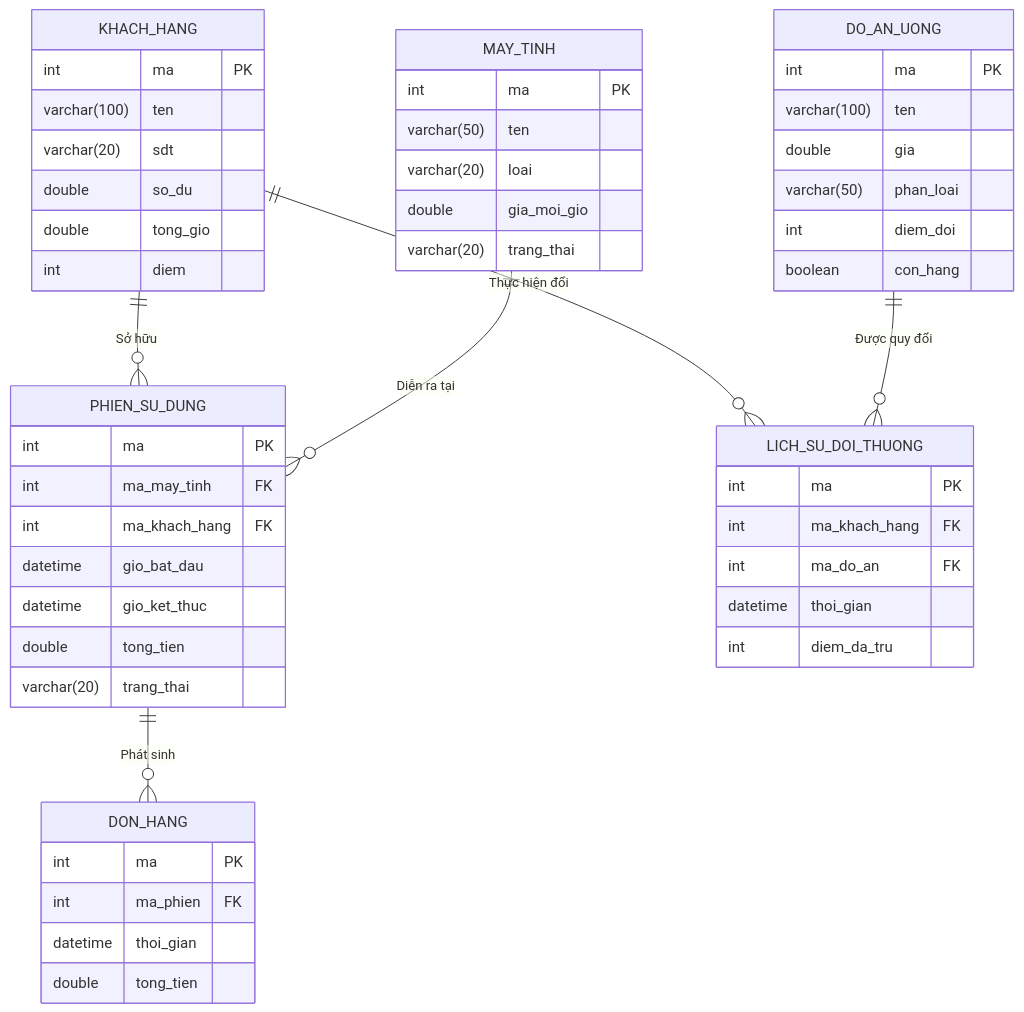
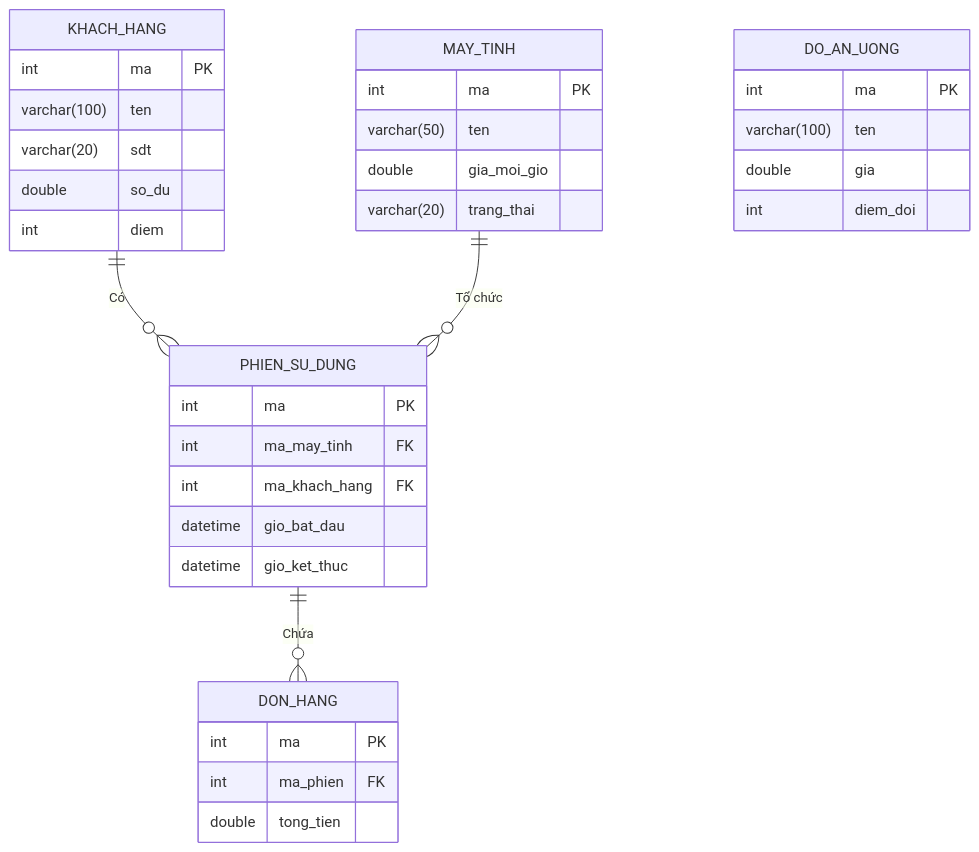
The third of 4 diagrams in BaoCao_SAD_CyberNet/Chuong_3_Thiet_Ke.md (phhuyen1109/BTL), drawn with Mermaid before and after one commit. The commit also changed other lines of this file and 3 other files, not shown here.

Commit message:
Bổ sung hàng loạt biểu đồ UML (Activity, State, Deployment)

````diff
--- a/BaoCao_SAD_CyberNet/Chuong_3_Thiet_Ke.md
+++ b/BaoCao_SAD_CyberNet/Chuong_3_Thiet_Ke.md
@@ -80,54 +89,38 @@
 ```mermaid
 erDiagram
     KHACH_HANG {
         int ma PK
         varchar(100) ten
         varchar(20) sdt
         double so_du
-        double tong_gio
         int diem
     }
     MAY_TINH {
         int ma PK
         varchar(50) ten
-        varchar(20) loai
         double gia_moi_gio
         varchar(20) trang_thai
     }
     PHIEN_SU_DUNG {
         int ma PK
         int ma_may_tinh FK
         int ma_khach_hang FK
         datetime gio_bat_dau
         datetime gio_ket_thuc
-        double tong_tien
-        varchar(20) trang_thai
     }
     DO_AN_UONG {
         int ma PK
         varchar(100) ten
         double gia
-        varchar(50) phan_loai
         int diem_doi
-        boolean con_hang
     }
     DON_HANG {
         int ma PK
         int ma_phien FK
-        datetime thoi_gian
         double tong_tien
     }
-    LICH_SU_DOI_THUONG {
-        int ma PK
-        int ma_khach_hang FK
-        int ma_do_an FK
-        datetime thoi_gian
-        int diem_da_tru
-    }
 
-    KHACH_HANG ||--o{ PHIEN_SU_DUNG : "Sở hữu"
-    MAY_TINH ||--o{ PHIEN_SU_DUNG : "Diễn ra tại"
-    PHIEN_SU_DUNG ||--o{ DON_HANG : "Phát sinh"
-    KHACH_HANG ||--o{ LICH_SU_DOI_THUONG : "Thực hiện đổi"
-    DO_AN_UONG ||--o{ LICH_SU_DOI_THUONG : "Được quy đổi"
+    KHACH_HANG ||--o{ PHIEN_SU_DUNG : "Có"
+    MAY_TINH ||--o{ PHIEN_SU_DUNG : "Tổ chức"
+    PHIEN_SU_DUNG ||--o{ DON_HANG : "Chứa"
 ```
````
